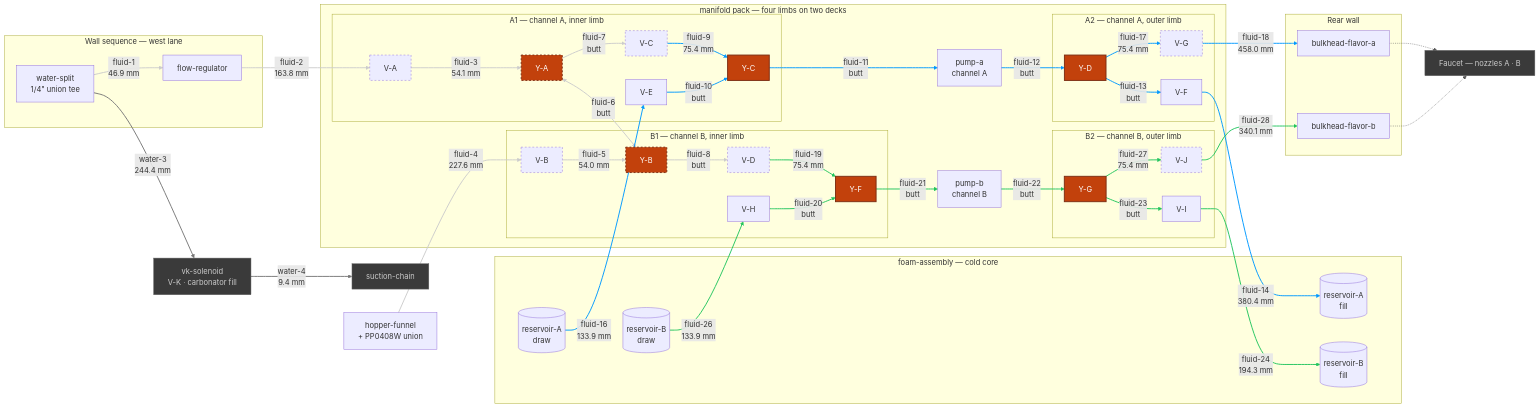
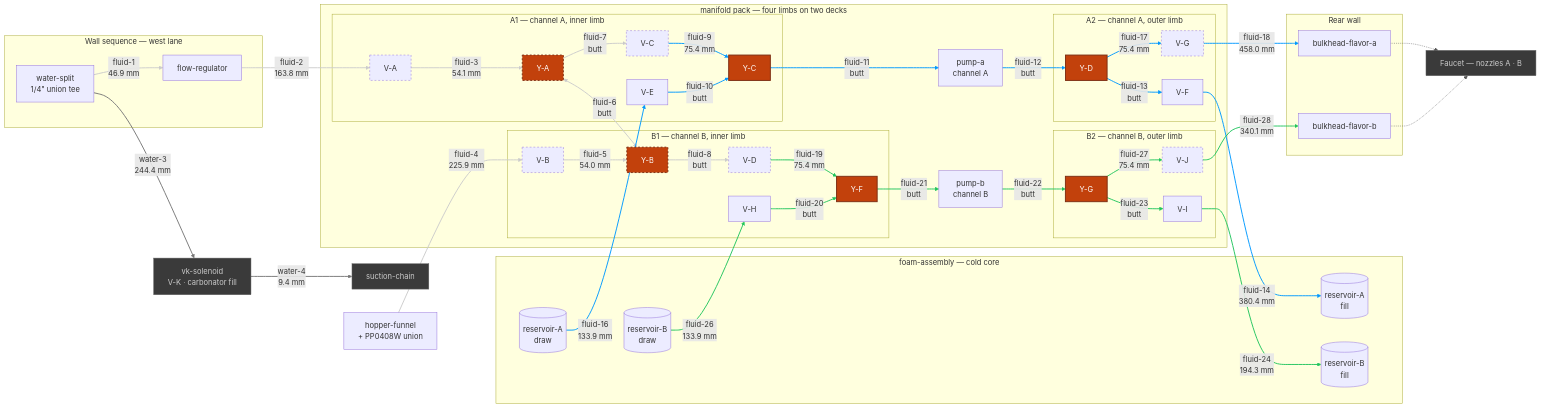
The diagram in hardware/topology/fluid-topology-manifold.mmd (derekbreden/homesodamachine), drawn with Mermaid before and after one commit. The commit also changed 17 other files, not shown here.

```diff
--- a/hardware/topology/fluid-topology-manifold.mmd
+++ b/hardware/topology/fluid-topology-manifold.mmd
@@ -14,7 +14,7 @@
   %% [26](SEGMENT_COUNT) flavor segments. [11](BUTT_COUNT) are collet butted to collet and carry
   %% no tube at all; [9](DRAWN_COUNT) are swept runs between placed bodies; the rest are the
   %% hinge's four hairpins and the source pair's two quarter-and-step turns. What is cut comes to
-  %% [2488.6 mm](FLUID_TOTAL) of 1/4" LLDPE over [49](FLUID_BENDS) corners, and the longest is
+  %% [2486.9 mm](FLUID_TOTAL) of 1/4" LLDPE over [49](FLUID_BENDS) corners, and the longest is
   %% [fluid-18](LONGEST_ID) at [458.0 mm](LONGEST_LEN). [0](OPEN_COUNT) are mouths with nothing
   %% on the far end of them: EVERY FLAVOR SEGMENT IN THIS CHART IS MADE. The hopper's gravity
   %% drain is drawn like the rest — the funnel is seated in the box rather than placed in the
@@ -120,7 +120,7 @@
   Split -->|"fluid-1<br/>46.9 mm"| FlowReg
   FlowReg -->|"fluid-2<br/>163.8 mm"| VA
   VA -->|"fluid-3<br/>54.1 mm"| YA
-  Hopper -->|"fluid-4<br/>227.6 mm"| VB
+  Hopper -->|"fluid-4<br/>225.9 mm"| VB
   VB -->|"fluid-5<br/>54.0 mm"| YB
   YA <-->|"fluid-6<br/>butt"| YB
   YA -->|"fluid-7<br/>butt"| VC
```
